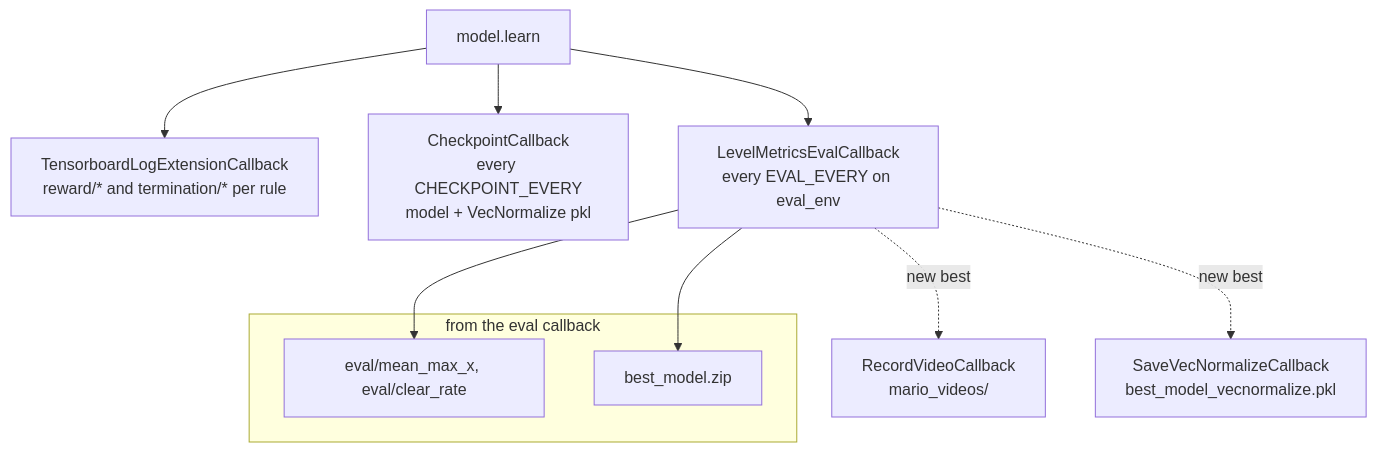
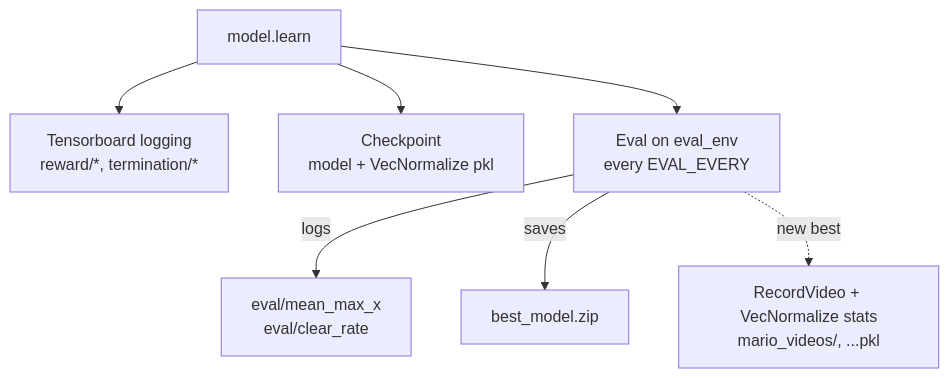
One commit to jasonkwh/DeepMario-SMW changed the second of 2 diagrams in README.md. Above: the diagram before and after it, drawn with Mermaid. The commit also changed other lines of this file, not shown here.

First line of the commit message:
docs: refine README flowcharts and descriptions for clarity

````diff
--- a/README.md
+++ b/README.md
@@ -107,15 +101,10 @@
 ```mermaid
 flowchart TD
   L["model.learn"]
-  L --> TB["TensorboardLogExtensionCallback<br/>reward/* and termination/* per rule"]
-  L --> CK["CheckpointCallback<br/>every CHECKPOINT_EVERY<br/>model + VecNormalize pkl"]
-  L --> EV["LevelMetricsEvalCallback<br/>every EVAL_EVERY on eval_env"]
-  subgraph OUT["from the eval callback"]
-    MET["eval/mean_max_x, eval/clear_rate"]
-    BEST["best_model.zip"]
-  end
-  EV --> MET
-  EV --> BEST
-  EV -.->|new best| VID["RecordVideoCallback<br/>mario_videos/"]
-  EV -.->|new best| VN2["SaveVecNormalizeCallback<br/>best_model_vecnormalize.pkl"]
+  L --> TB["Tensorboard logging<br/>reward/*, termination/*"]
+  L --> CK["Checkpoint<br/>model + VecNormalize pkl"]
+  L --> EV["Eval on eval_env<br/>every EVAL_EVERY"]
+  EV -->|logs| MET["eval/mean_max_x<br/>eval/clear_rate"]
+  EV -->|saves| BEST["best_model.zip"]
+  EV -.->|new best| VID["RecordVideo + VecNormalize stats<br/>mario_videos/, ...pkl"]
 ```
````
